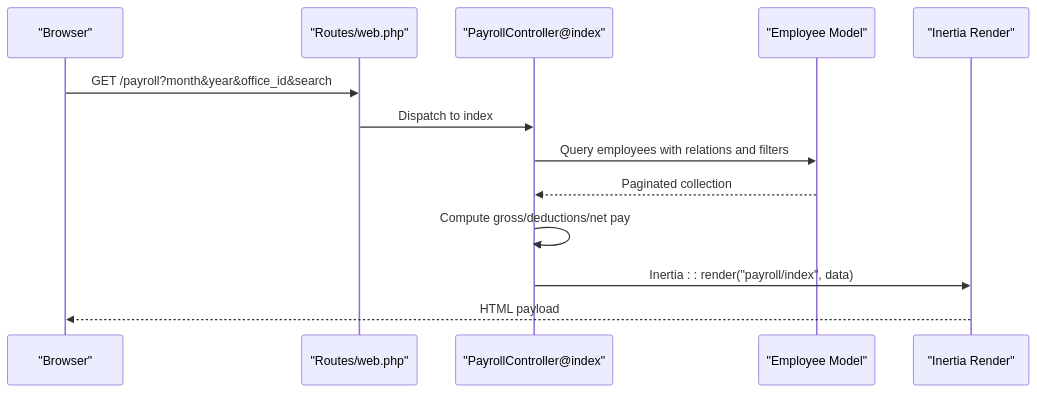
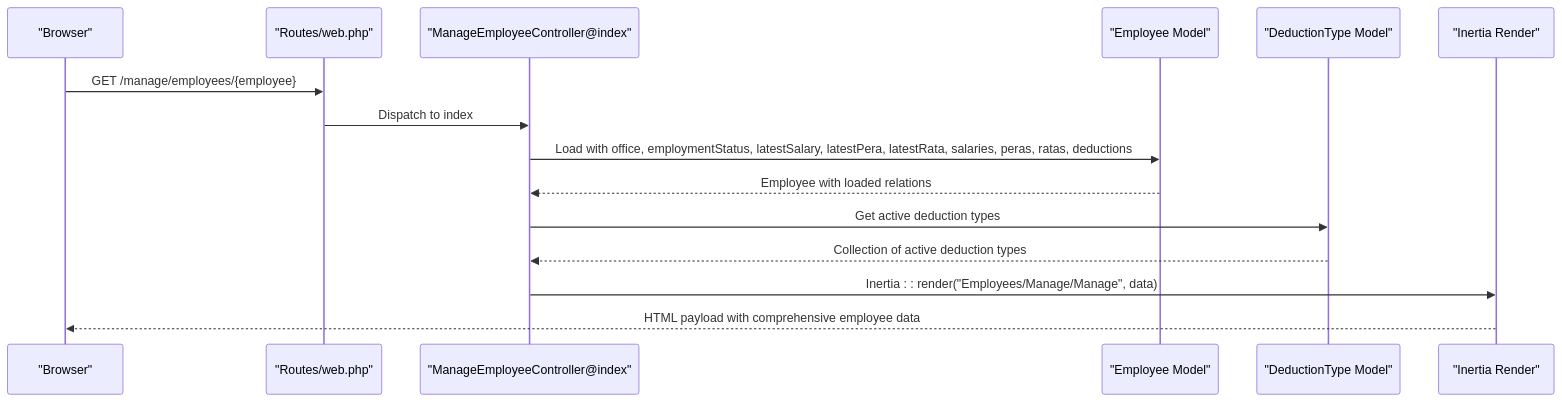
Before and after one commit to vincet0t15/template: the fourth of 9 diagrams in .qoder/repowiki/en/content/Architecture Overview/Backend Architecture.md, drawn with Mermaid. The commit also changed other lines of this file and 8 other files, not shown here.

````diff
--- a/.qoder/repowiki/en/content/Architecture Overview/Backend Architecture.md
+++ b/.qoder/repowiki/en/content/Architecture Overview/Backend Architecture.md
@@ -211,15 +304,17 @@
 ```mermaid
 sequenceDiagram
 participant Client as "Browser"
 participant Router as "Routes/web.php"
-participant Ctrl as "PayrollController@index"
+participant Ctrl as "ManageEmployeeController@index"
 participant Emp as "Employee Model"
+participant DedType as "DeductionType Model"
 participant View as "Inertia Render"
-Client->>Router : GET /payroll?month&year&office_id&search
+Client->>Router : GET /manage/employees/{employee}
 Router->>Ctrl : Dispatch to index
-Ctrl->>Emp : Query employees with relations and filters
-Emp-->>Ctrl : Paginated collection
-Ctrl->>Ctrl : Compute gross/deductions/net pay
-Ctrl->>View : Inertia : : render("payroll/index", data)
-View-->>Client : HTML payload
+Ctrl->>Emp : Load with office, employmentStatus, latestSalary, latestPera, latestRata, salaries, peras, ratas, deductions
+Emp-->>Ctrl : Employee with loaded relations
+Ctrl->>DedType : Get active deduction types
+DedType-->>Ctrl : Collection of active deduction types
+Ctrl->>View : Inertia : : render("Employees/Manage/Manage", data)
+View-->>Client : HTML payload with comprehensive employee data
 ```
````
